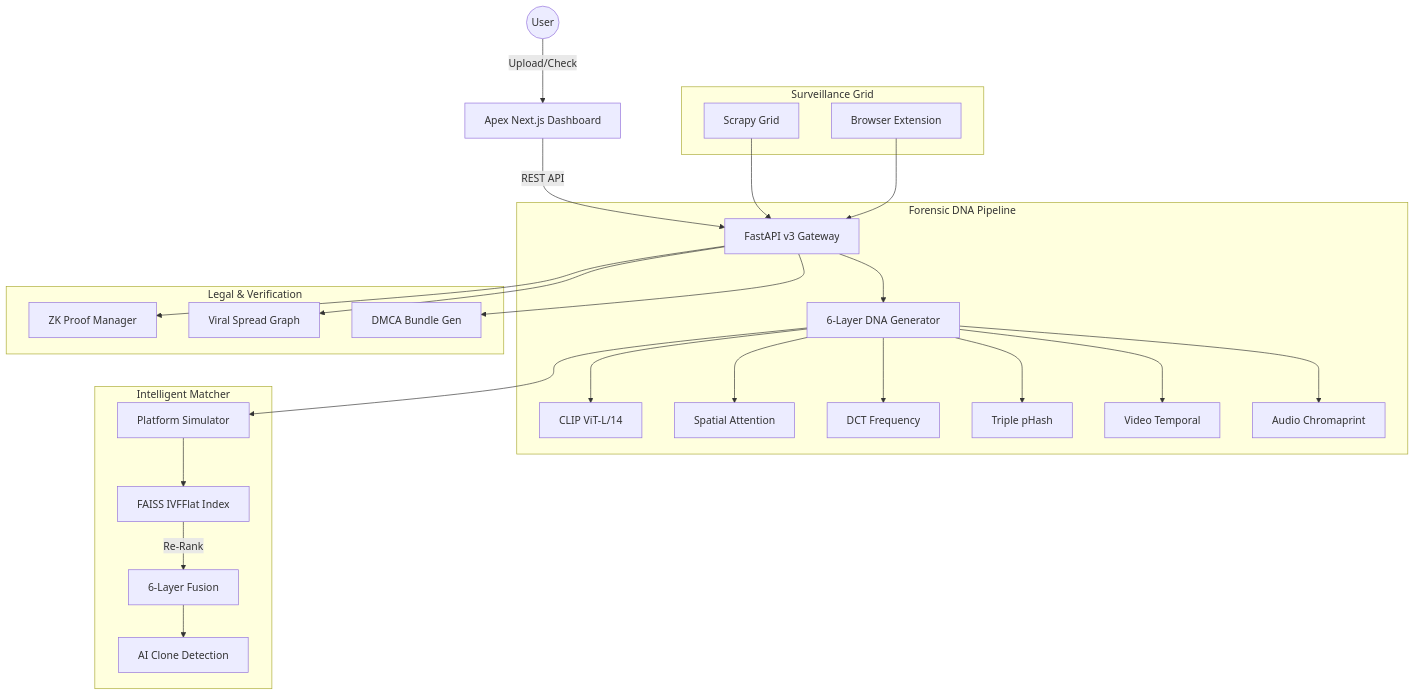
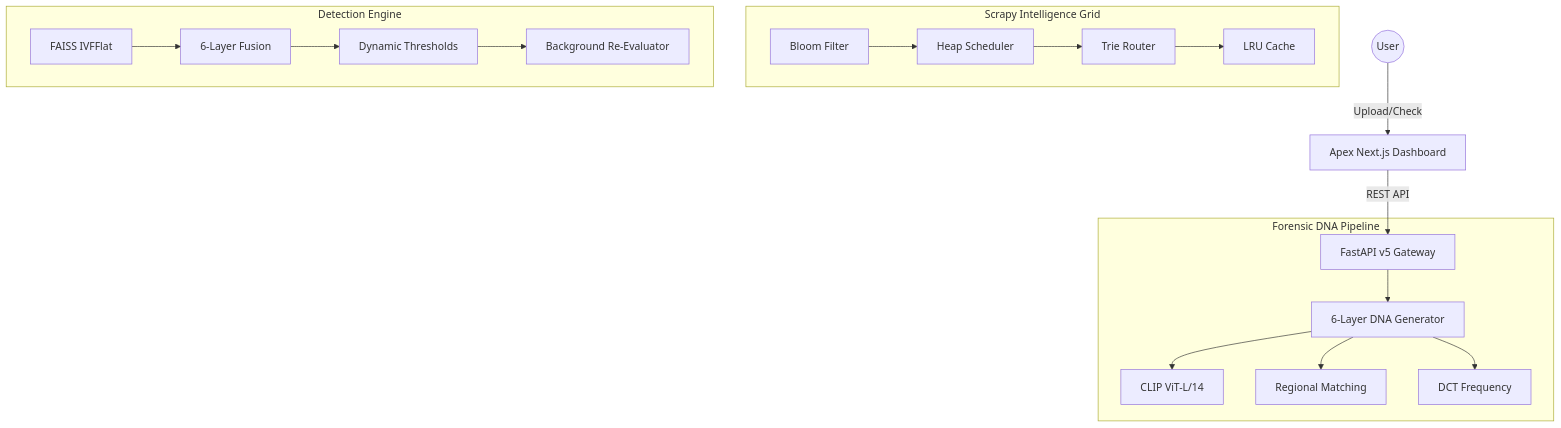
The diagram in README.md (shinchxn/Real-Time-tracking), drawn with Mermaid before and after one commit. The commit also changed other lines of this file, not shown here.

Commit message:
docs: update README to v5.1 Apex Intelligence

````diff
--- a/README.md
+++ b/README.md
@@ -54,33 +61,24 @@
 ```mermaid
 graph TD
     User((User)) -->|Upload/Check| UI[Apex Next.js Dashboard]
-    UI -->|REST API| API[FastAPI v3 Gateway]
+    UI -->|REST API| API[FastAPI v5 Gateway]
+    
+    subgraph "Scrapy Intelligence Grid"
+        Bloom[Bloom Filter] --> Sched[Heap Scheduler]
+        Sched --> Trie[Trie Router]
+        Trie --> LRU[LRU Cache]
+    end
     
     subgraph "Forensic DNA Pipeline"
         API --> DNA[6-Layer DNA Generator]
         DNA --> CLIP[CLIP ViT-L/14]
-        DNA --> SPATIAL[Spatial Attention]
+        DNA --> Reg[Regional Matching]
         DNA --> DCT[DCT Frequency]
-        DNA --> PERCEPT[Triple pHash]
-        DNA --> VTHS[Video Temporal]
-        DNA --> AAUD[Audio Chromaprint]
     end
     
-    subgraph "Surveillance Grid"
-        CRAWL[Scrapy Grid] --> API
-        EXT[Browser Extension] --> API
-    end
-    
-    subgraph "Intelligent Matcher"
-        DNA --> SIM[Platform Simulator]
-        SIM --> VDB[FAISS IVFFlat Index]
-        VDB -->|Re-Rank| Match[6-Layer Fusion]
-        Match --> AI[AI Clone Detection]
-    end
-    
-    subgraph "Legal & Verification"
-        API --> ZK[ZK Proof Manager]
-        API --> Spread[Viral Spread Graph]
-        API --> DMCA[DMCA Bundle Gen]
+    subgraph "Detection Engine"
+        FAISS[FAISS IVFFlat] --> ReRank[6-Layer Fusion]
+        ReRank --> Dyn[Dynamic Thresholds]
+        Dyn --> BGR[Background Re-Evaluator]
     end
 ```
````
